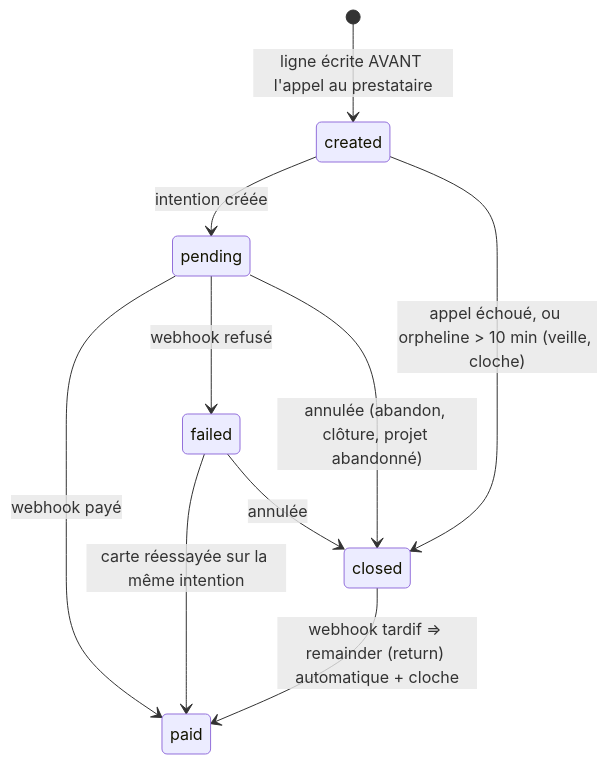
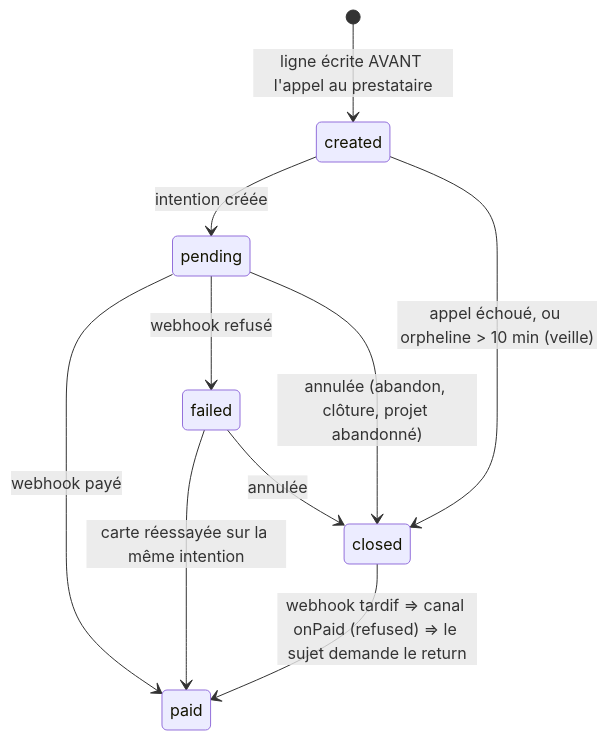
Before and after one commit to hugoheynard/lfd: the second of 4 diagrams in documentation/commandes/modification/plan-m2-historique-de-transactions.md, drawn with Mermaid. The commit also changed other lines of this file, not shown here.

````diff
--- a/documentation/commandes/modification/plan-m2-historique-de-transactions.md
+++ b/documentation/commandes/modification/plan-m2-historique-de-transactions.md
@@ -129,12 +131,12 @@
 ```mermaid
 stateDiagram-v2
   [*] --> created : ligne écrite AVANT l'appel au prestataire
   created --> pending : intention créée
-  created --> closed : appel échoué, ou orpheline > 10 min (veille, cloche)
+  created --> closed : appel échoué, ou orpheline > 10 min (veille)
   pending --> paid : webhook payé
   pending --> failed : webhook refusé
   failed --> paid : carte réessayée sur la même intention
   pending --> closed : annulée (abandon, clôture, projet abandonné)
   failed --> closed : annulée
-  closed --> paid : webhook tardif ⇒ remainder (return) automatique + cloche
+  closed --> paid : webhook tardif ⇒ canal onPaid (refused) ⇒ le sujet demande le return
 ```
````
